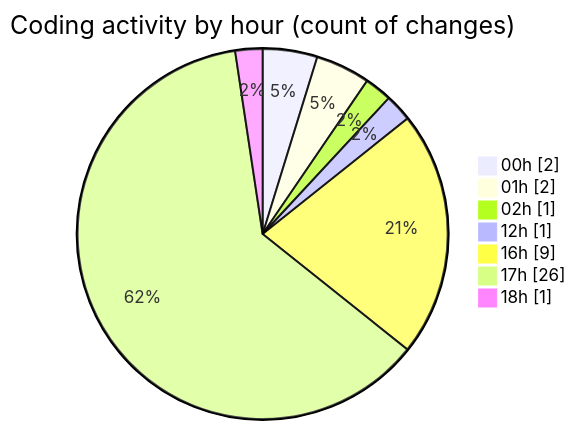
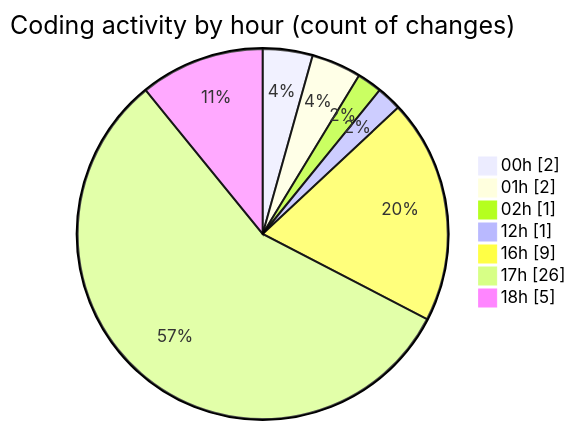
Before and after one commit to shibass792/code-tracking: the second of 2 diagrams in 2026-07-09/twenty_versions_aminor/README.md, drawn with Mermaid. The commit also changed other lines of this file and 1 other file, not shown here.

````diff
--- a/2026-07-09/twenty_versions_aminor/README.md
+++ b/2026-07-09/twenty_versions_aminor/README.md
@@ -42,11 +46,11 @@
 ```mermaid
 pie showData
 title Coding activity by hour (count of changes)
 "00h" : 2
 "01h" : 2
 "02h" : 1
 "12h" : 1
 "16h" : 9
 "17h" : 26
-"18h" : 1
+"18h" : 5
 ```
````
